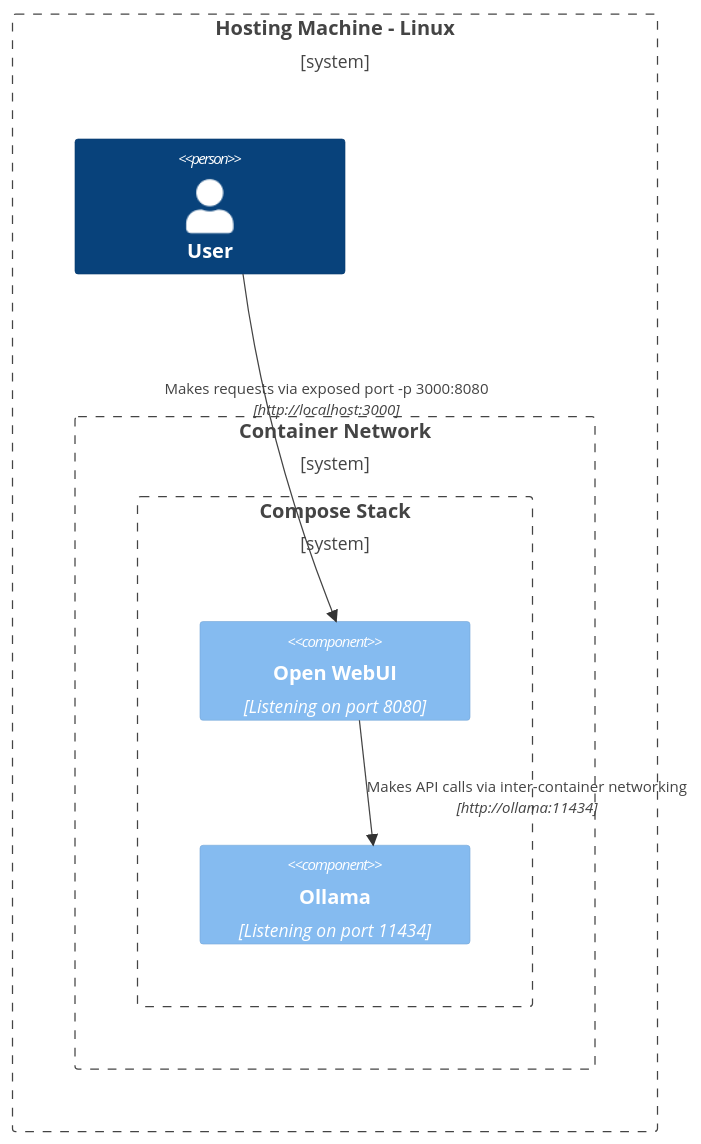
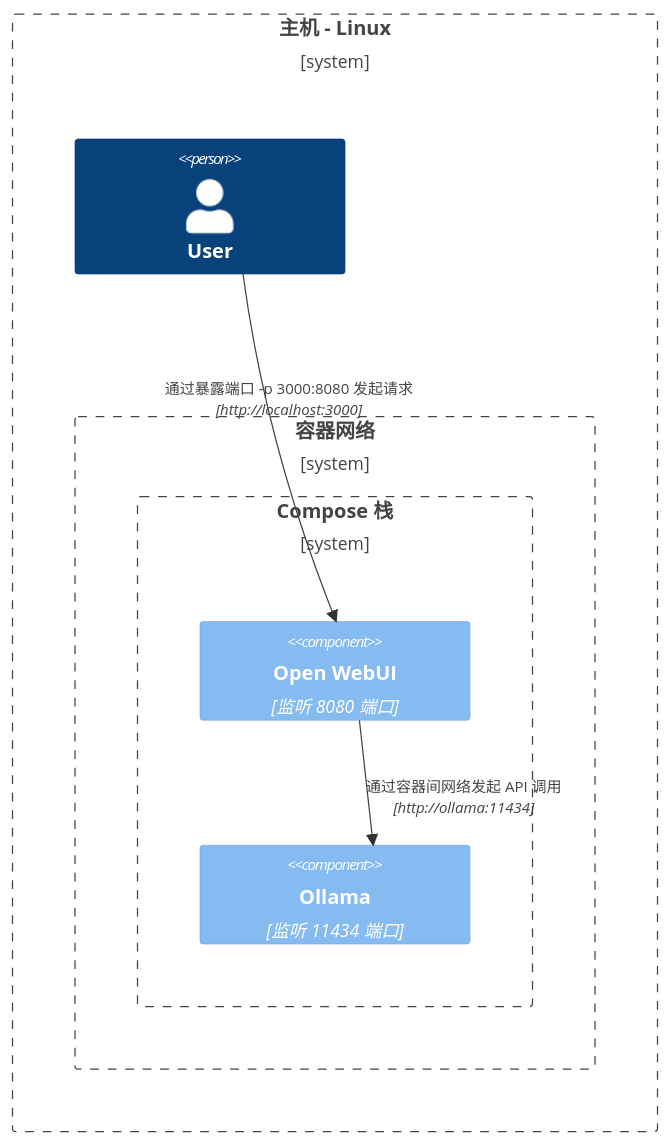
The sixth of 8 diagrams in docs/reference/network-diagrams.mdx (GamblerIX2/open-webui-docs), drawn with Mermaid before and after one commit. The commit also changed other lines of this file and 175 other files, not shown here.

````diff
--- a/docs/reference/network-diagrams.mdx
+++ b/docs/reference/network-diagrams.mdx
@@ -136,15 +136,15 @@
 ```mermaid
 C4Context
-Boundary(b0, "Hosting Machine - Linux") {
+Boundary(b0, "主机 - Linux") {
    Person(user, "User")
-   Boundary(b1, "Container Network") {
-      Boundary(b2, "Compose Stack") {
-         Component(openwebui, "Open WebUI", "Listening on port 8080")
-         Component(ollama, "Ollama", "Listening on port 11434")
+   Boundary(b1, "容器网络") {
+      Boundary(b2, "Compose 栈") {
+         Component(openwebui, "Open WebUI", "监听 8080 端口")
+         Component(ollama, "Ollama", "监听 11434 端口")
       }
    }
 }
-Rel(openwebui, ollama, "Makes API calls via inter-container networking", "http://ollama:11434")
-Rel(user, openwebui, "Makes requests via exposed port -p 3000:8080", "http://localhost:3000")
+Rel(openwebui, ollama, "通过容器间网络发起 API 调用", "http://ollama:11434")
+Rel(user, openwebui, "通过暴露端口 -p 3000:8080 发起请求", "http://localhost:3000")
 UpdateRelStyle(user, openwebui, $offsetX="-100", $offsetY="-50")
 ```
````
